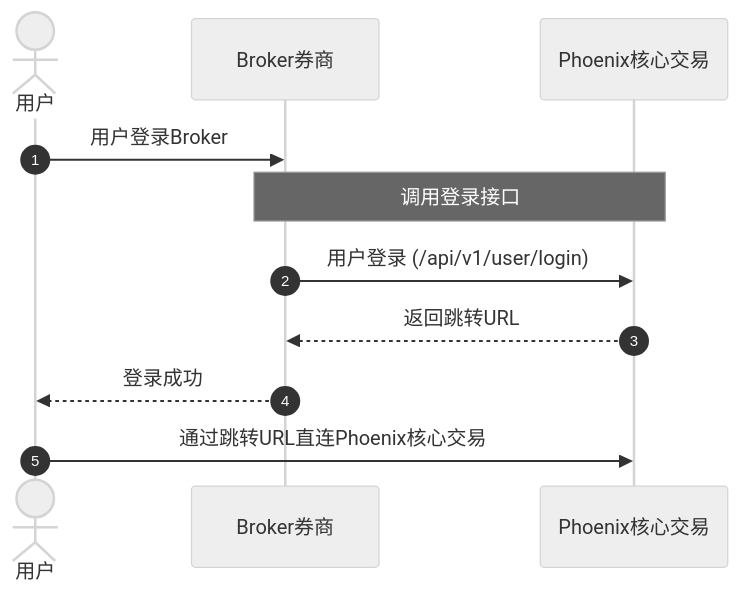
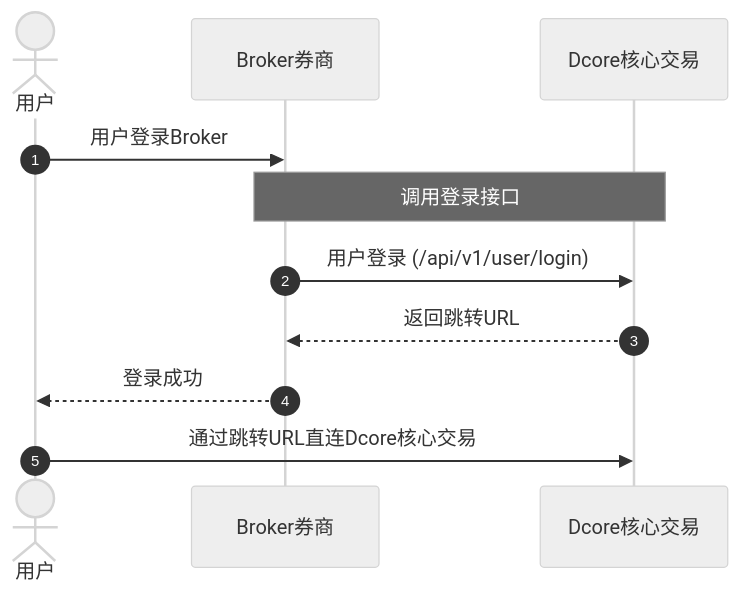
One commit to xu/mintlify-docs changed the diagram in guide/introduction.mdx. Above: the diagram before and after it, drawn with Mermaid (neutral theme). The commit also changed other lines of this file and 5 other files, not shown here.

Commit message:
docs: rebrand Phoenix to Dcore and keep test endpoint only

````diff
--- a/guide/introduction.mdx
+++ b/guide/introduction.mdx
@@ -17,14 +17,14 @@
 ```mermaid
 sequenceDiagram
     autonumber
     actor User as 用户
     participant Broker as Broker券商
-    participant Phoenix as Phoenix核心交易
+    participant Dcore as Dcore核心交易
 
     User->>Broker: 用户登录Broker
-    Note over Broker, Phoenix: 调用登录接口
-    Broker->>Phoenix: 用户登录 (/api/v1/user/login)
-    Phoenix-->>Broker: 返回跳转URL
+    Note over Broker, Dcore: 调用登录接口
+    Broker->>Dcore: 用户登录 (/api/v1/user/login)
+    Dcore-->>Broker: 返回跳转URL
     Broker-->>User: 登录成功
-    User->>Phoenix: 通过跳转URL直连Phoenix核心交易
+    User->>Dcore: 通过跳转URL直连Dcore核心交易
 ```
````
